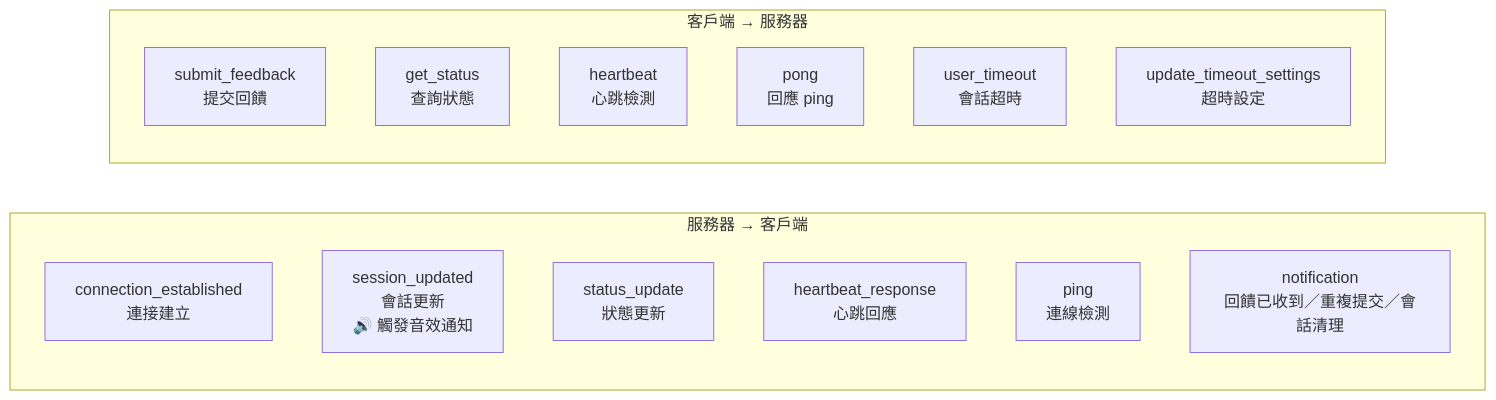
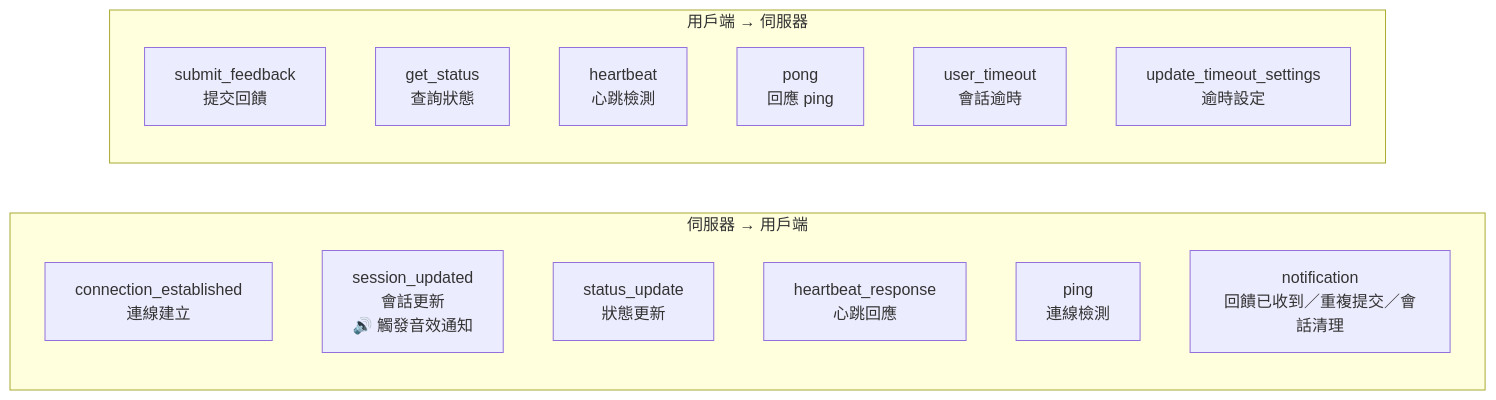
Diagram 11 of 12 in docs/architecture/interaction-flows.md (CloudEngineHub/mcp-feedback-enhanced), drawn with Mermaid before and after one commit. The commit also changed other lines of this file, not shown here.

````diff
--- a/docs/architecture/interaction-flows.md
+++ b/docs/architecture/interaction-flows.md
@@ -518,20 +518,20 @@
 ```mermaid
 graph LR
-    subgraph "服務器 → 客戶端"
-        CE[connection_established<br/>連接建立]
+    subgraph "伺服器 → 用戶端"
+        CE[connection_established<br/>連線建立]
         SU[session_updated<br/>會話更新<br/>🔊 觸發音效通知]
         ST[status_update<br/>狀態更新]
         HR[heartbeat_response<br/>心跳回應]
         PI[ping<br/>連線檢測]
         NO[notification<br/>回饋已收到／重複提交／會話清理]
     end
 
-    subgraph "客戶端 → 服務器"
+    subgraph "用戶端 → 伺服器"
         SF[submit_feedback<br/>提交回饋]
         GS[get_status<br/>查詢狀態]
         HB[heartbeat<br/>心跳檢測]
         PO[pong<br/>回應 ping]
-        UT[user_timeout<br/>會話超時]
-        UTS[update_timeout_settings<br/>超時設定]
+        UT[user_timeout<br/>會話逾時]
+        UTS[update_timeout_settings<br/>逾時設定]
     end
 ```
````
